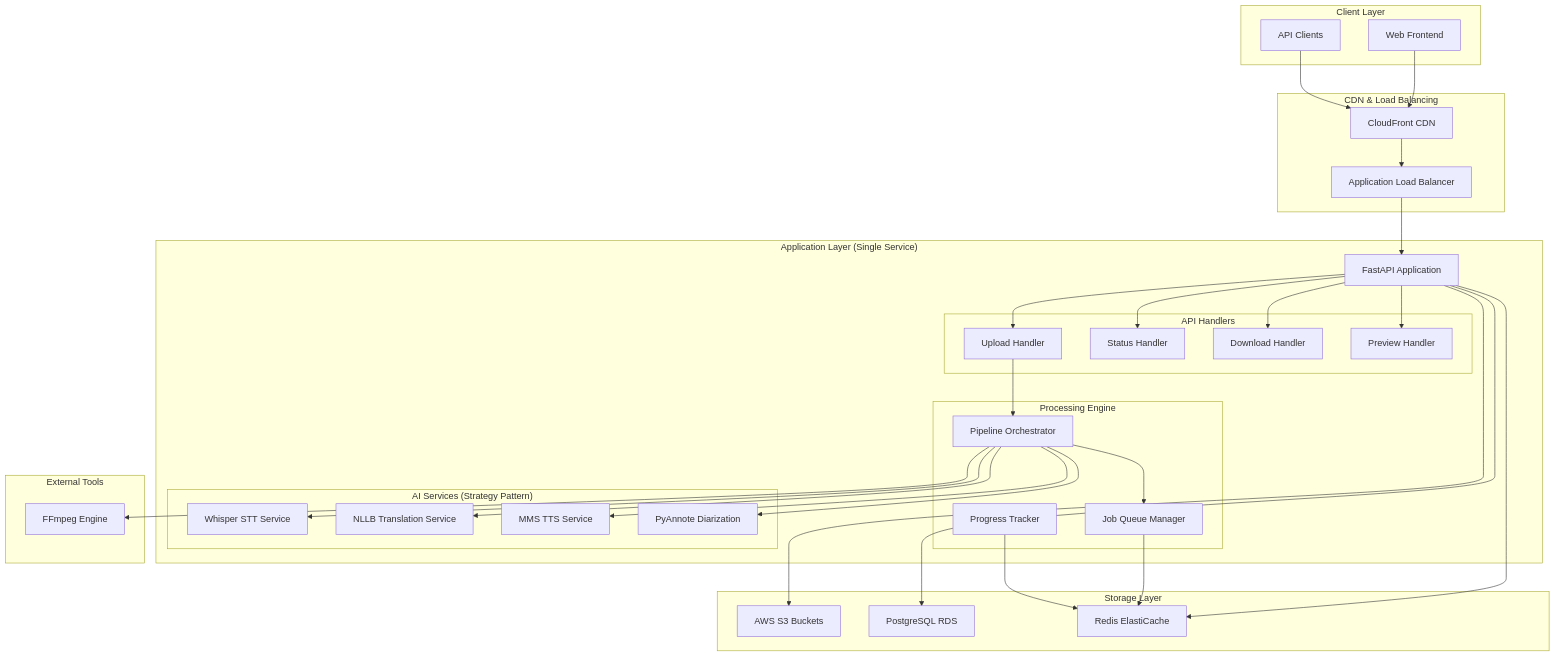
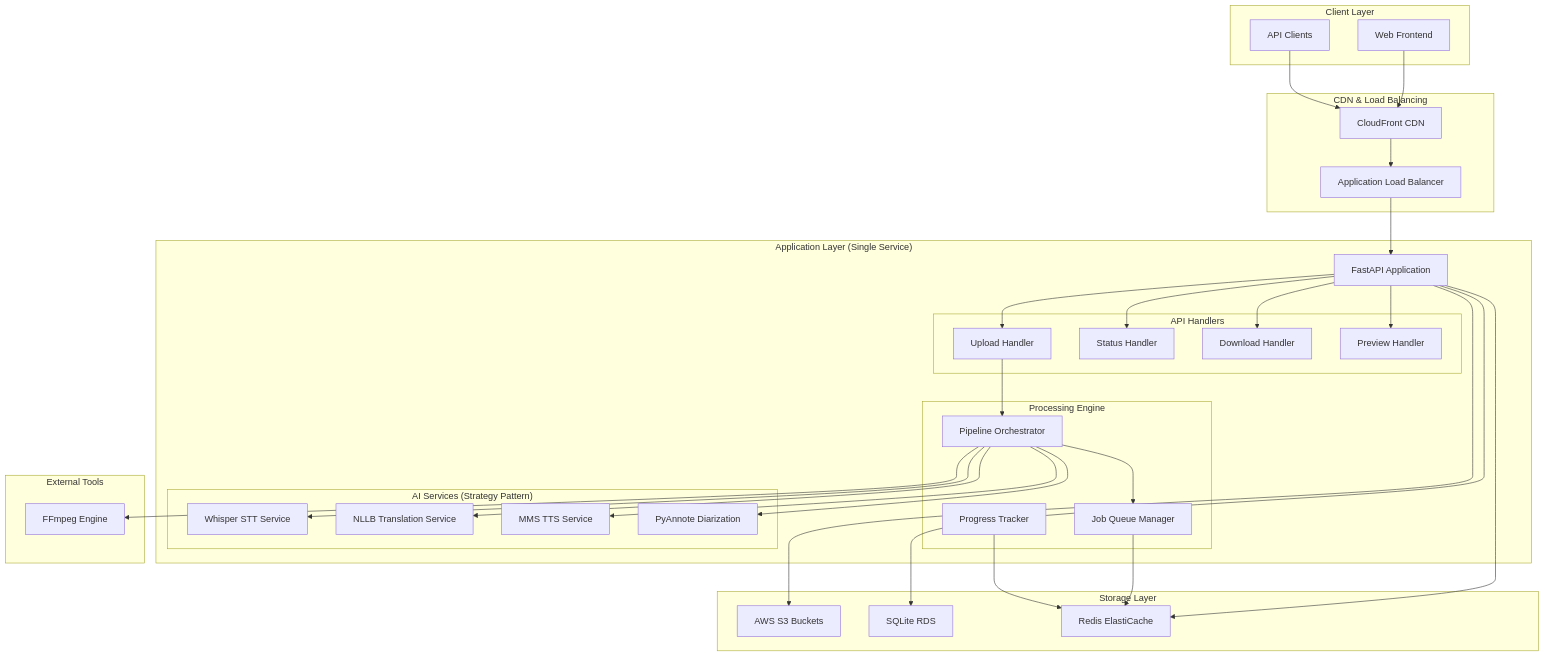
The first of 3 diagrams in AI_Video_Translation_Service_HLD.md (shiv/video-translator), drawn with Mermaid before and after one commit. The commit also changed other lines of this file, not shown here.

````diff
--- a/AI_Video_Translation_Service_HLD.md
+++ b/AI_Video_Translation_Service_HLD.md
@@ -43,71 +43,71 @@
 ```mermaid
 graph TB
     subgraph "Client Layer"
         WEB[Web Frontend]
         API_CLIENT[API Clients]
     end
     
     subgraph "CDN & Load Balancing"
         CF[CloudFront CDN]
         ALB[Application Load Balancer]
     end
     
     subgraph "Application Layer (Single Service)"
         FASTAPI[FastAPI Application]
         
         subgraph "API Handlers"
             UPLOAD[Upload Handler]
             STATUS[Status Handler]
             DOWNLOAD[Download Handler]
             PREVIEW[Preview Handler]
         end
         
         subgraph "Processing Engine"
             ORCHESTRATOR[Pipeline Orchestrator]
             QUEUE[Job Queue Manager]
             PROGRESS[Progress Tracker]
         end
         
         subgraph "AI Services (Strategy Pattern)"
             STT[Whisper STT Service]
             TRANS[NLLB Translation Service]
             TTS[MMS TTS Service]
             DIARIZE[PyAnnote Diarization]
         end
     end
     
     subgraph "Storage Layer"
         S3[AWS S3 Buckets]
-        RDS[PostgreSQL RDS]
+        RDS[SQLite RDS]
         REDIS[Redis ElastiCache]
     end
     
     subgraph "External Tools"
         FFMPEG[FFmpeg Engine]
     end
     
     WEB --> CF
     API_CLIENT --> CF
     CF --> ALB
     ALB --> FASTAPI
     
     FASTAPI --> UPLOAD
     FASTAPI --> STATUS
     FASTAPI --> DOWNLOAD
     FASTAPI --> PREVIEW
     
     UPLOAD --> ORCHESTRATOR
     ORCHESTRATOR --> QUEUE
     ORCHESTRATOR --> STT
     ORCHESTRATOR --> TRANS
     ORCHESTRATOR --> TTS
     ORCHESTRATOR --> DIARIZE
     ORCHESTRATOR --> FFMPEG
     
     FASTAPI --> S3
     FASTAPI --> RDS
     FASTAPI --> REDIS
     
     QUEUE --> REDIS
     PROGRESS --> REDIS
 ```
````
